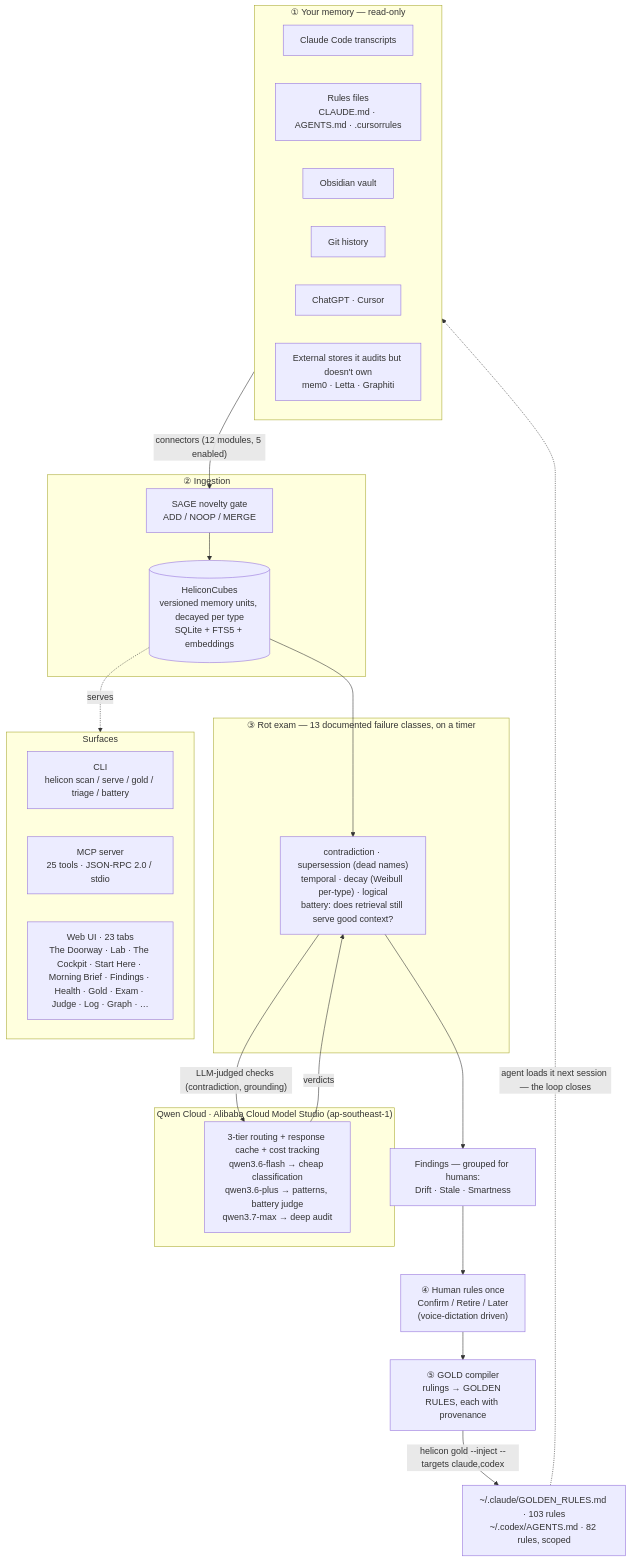
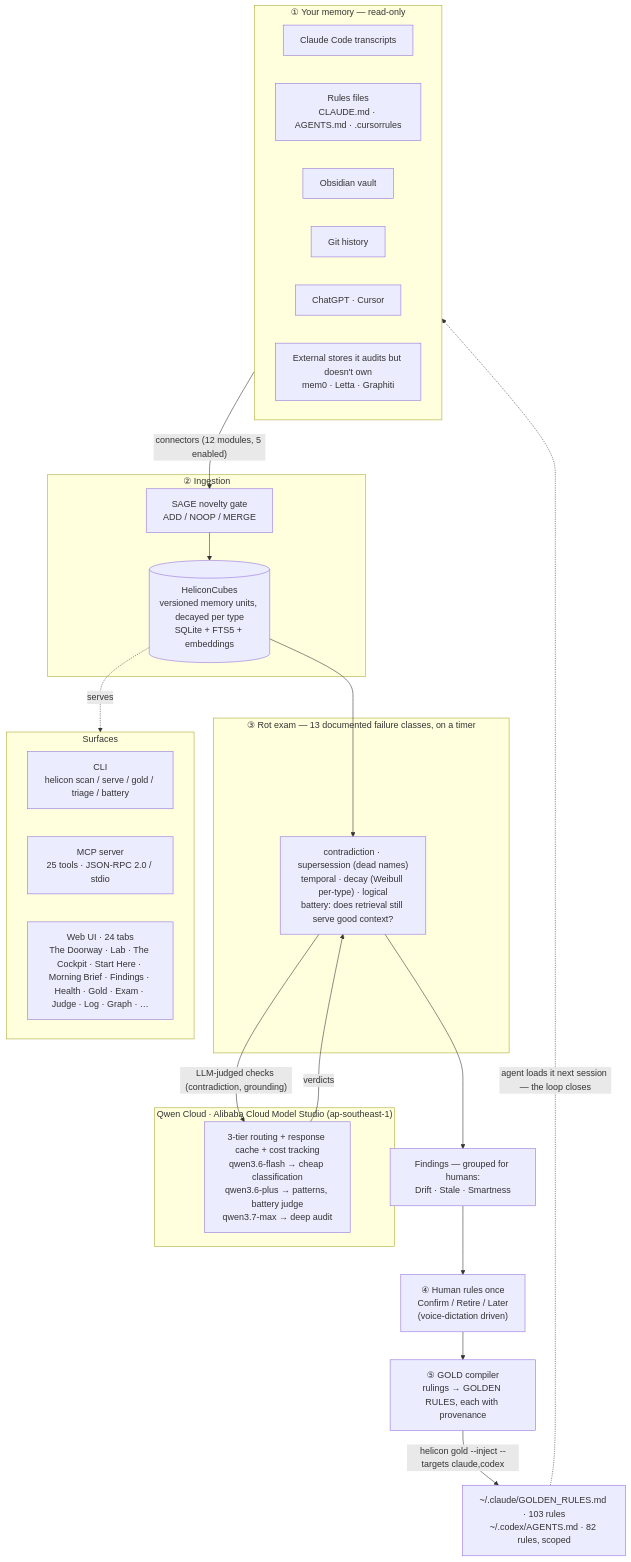
The first of 2 diagrams in ARCHITECTURE.md (Morkeeth/mountain-of-helicon), drawn with Mermaid before and after one commit. The commit also changed 10 other files, not shown here.

````diff
--- a/ARCHITECTURE.md
+++ b/ARCHITECTURE.md
@@ -11,45 +11,45 @@
 ```mermaid
 flowchart TD
   subgraph SRC["① Your memory — read-only"]
     A1["Claude Code transcripts"]
     A2["Rules files<br/>CLAUDE.md · AGENTS.md · .cursorrules"]
     A3["Obsidian vault"]
     A4["Git history"]
     A5["ChatGPT · Cursor"]
     A6["External stores it audits but doesn't own<br/>mem0 · Letta · Graphiti"]
   end
 
   SRC -->|"connectors (12 modules, 5 enabled)"| GATE
 
   subgraph INGEST["② Ingestion"]
     GATE["SAGE novelty gate<br/>ADD / NOOP / MERGE"]
     CUBES[("HeliconCubes<br/>versioned memory units, decayed per type<br/>SQLite + FTS5 + embeddings")]
     GATE --> CUBES
   end
 
   CUBES --> EXAM
 
   subgraph AUDIT["③ Rot exam — 13 documented failure classes, on a timer"]
     EXAM["contradiction · supersession (dead names)<br/>temporal · decay (Weibull per-type) · logical<br/>battery: does retrieval still serve good context?"]
   end
 
   EXAM -->|"LLM-judged checks (contradiction, grounding)"| QWEN
   QWEN -->|verdicts| EXAM
 
   subgraph QWENC["Qwen Cloud · Alibaba Cloud Model Studio (ap-southeast-1)"]
     QWEN["3-tier routing + response cache + cost tracking<br/>qwen3.6-flash → cheap classification<br/>qwen3.6-plus → patterns, battery judge<br/>qwen3.7-max → deep audit"]
   end
 
   EXAM --> FIND["Findings — grouped for humans:<br/>Drift · Stale · Smartness"]
   FIND --> HUMAN["④ Human rules once<br/>Confirm / Retire / Later<br/>(voice-dictation driven)"]
   HUMAN --> GOLD["⑤ GOLD compiler<br/>rulings → GOLDEN RULES, each with provenance"]
   GOLD -->|"helicon gold --inject --targets claude,codex"| INJECT["~/.claude/GOLDEN_RULES.md · 103 rules<br/>~/.codex/AGENTS.md · 82 rules, scoped"]
   INJECT -.->|"agent loads it next session — the loop closes"| SRC
 
   CUBES -.serves.-> SURF
   subgraph SURF["Surfaces"]
     CLI["CLI<br/>helicon scan / serve / gold / triage / battery"]
     MCP["MCP server<br/>25 tools · JSON-RPC 2.0 / stdio"]
-    WEB["Web UI · 23 tabs<br/>The Doorway · Lab · The Cockpit · Start Here · Morning Brief · Findings · Health · Gold · Exam · Judge · Log · Graph · …"]
+    WEB["Web UI · 24 tabs<br/>The Doorway · Lab · The Cockpit · Start Here · Morning Brief · Findings · Health · Gold · Exam · Judge · Log · Graph · …"]
   end
 ```
````
